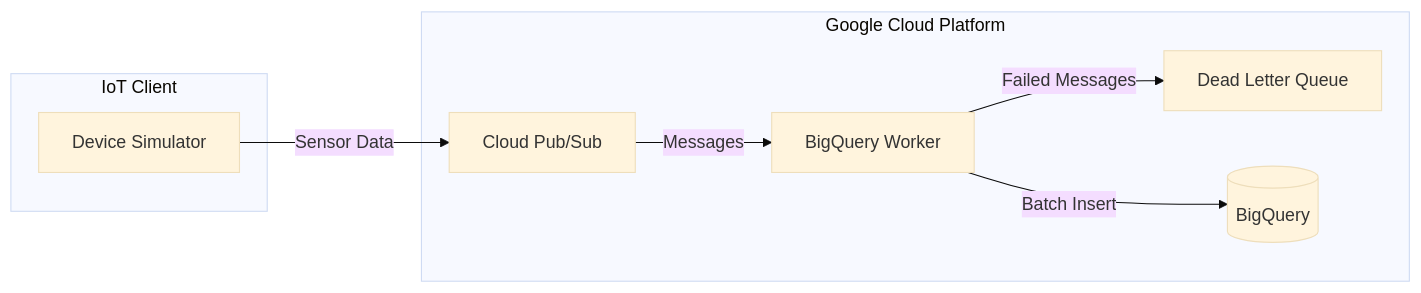
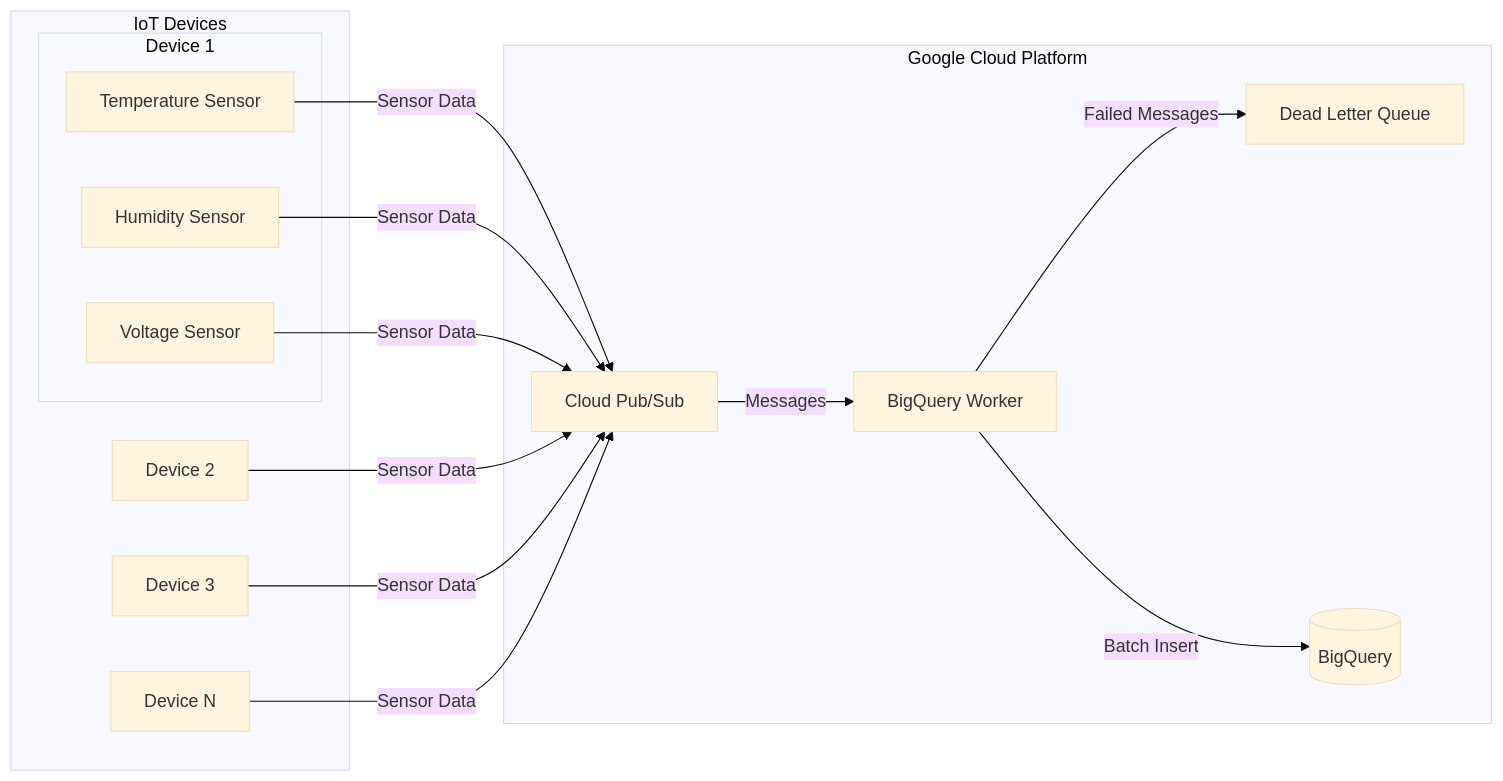
The diagram in README.md (ThaddeusJiang/sensor_logs), drawn with Mermaid (base theme) before and after one commit. The commit also changed 2 other files, not shown here.

Commit message:
docs: Update README diagrams to show multiple IoT devices and sensors

````diff
--- a/README.md
+++ b/README.md
@@ -11,18 +11,29 @@
 ```mermaid
 graph LR
-    subgraph "IoT Client"
-        D[Device Simulator]
+    subgraph "IoT Devices"
+        subgraph "Device 1"
+            S1[Temperature Sensor]
+            S2[Humidity Sensor]
+            S3[Voltage Sensor]
+        end
+
+        D2[Device 2]
+
+        D3[Device 3]
+
+        D4[Device N]
     end
 
     subgraph "Google Cloud Platform"
         PS[Cloud Pub/Sub]
         DLQ[Dead Letter Queue]
         W[BigQuery Worker]
         BQ[(BigQuery)]
     end
 
-    D -->|Sensor Data| PS
+    S1 & S2 & S3 -->|Sensor Data| PS
+    D2 & D3 & D4 -->|Sensor Data| PS
     PS -->|Messages| W
     W -->|Failed Messages| DLQ
     W -->|Batch Insert| BQ
 ```
````
